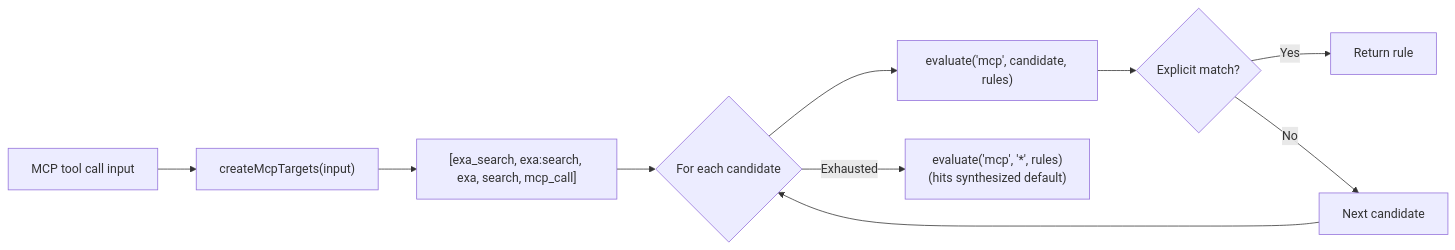
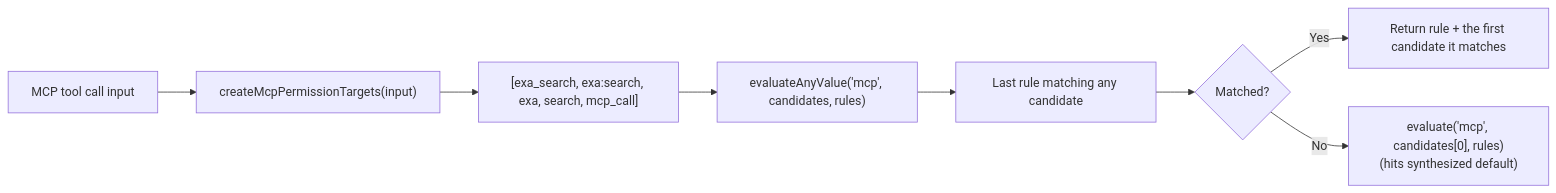
The second of 4 diagrams in packages/pi-permission-system/docs/architecture/architecture.md (Jopqior/gotgenes-pi-packages), drawn with Mermaid before and after one commit. The commit also changed other lines of this file and 2 other files, not shown here.

Commit message:
docs: describe how MCP tool names derive server and tool permission targets

````diff
--- a/packages/pi-permission-system/docs/architecture/architecture.md
+++ b/packages/pi-permission-system/docs/architecture/architecture.md
@@ -312,12 +312,10 @@
 ```mermaid
 flowchart LR
-    Input["MCP tool call input"] --> Derive["createMcpTargets(input)"]
+    Input["MCP tool call input"] --> Derive["createMcpPermissionTargets(input)"]
     Derive --> Candidates["[exa_search, exa:search, exa, search, mcp_call]"]
-    Candidates --> Loop{"For each candidate"}
-    Loop --> Eval["evaluate('mcp', candidate, rules)"]
-    Eval --> Found{"Explicit match?"}
-    Found -->|Yes| Return["Return rule"]
-    Found -->|No| Next["Next candidate"]
-    Next --> Loop
-    Loop -->|Exhausted| Fallback["evaluate('mcp', '*', rules)<br/>(hits synthesized default)"]
+    Candidates --> Eval["evaluateAnyValue('mcp', candidates, rules)"]
+    Eval --> Scan["Last rule matching any candidate"]
+    Scan --> Found{"Matched?"}
+    Found -->|Yes| Return["Return rule + the first candidate it matches"]
+    Found -->|No| Fallback["evaluate('mcp', candidates[0], rules)<br/>(hits synthesized default)"]
 ```
````
